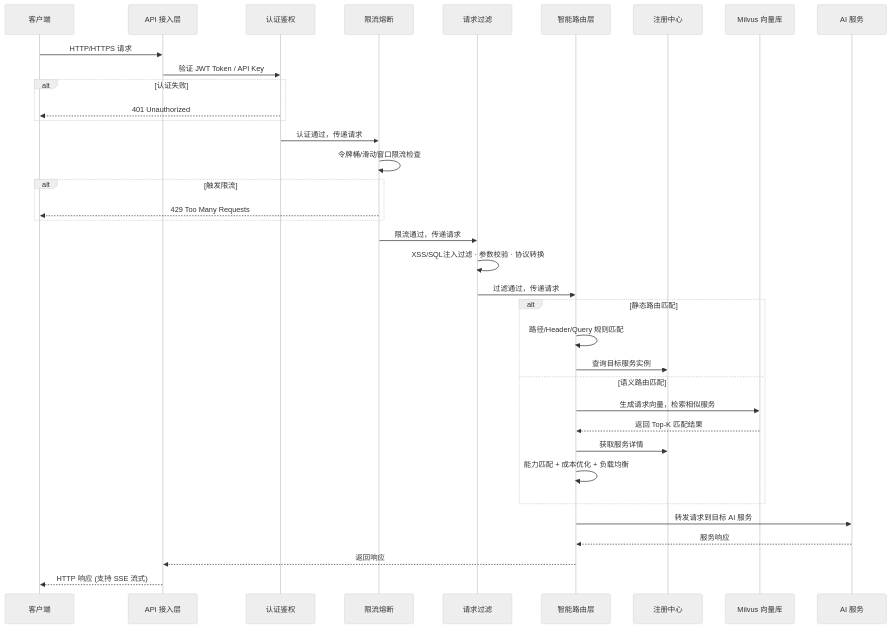
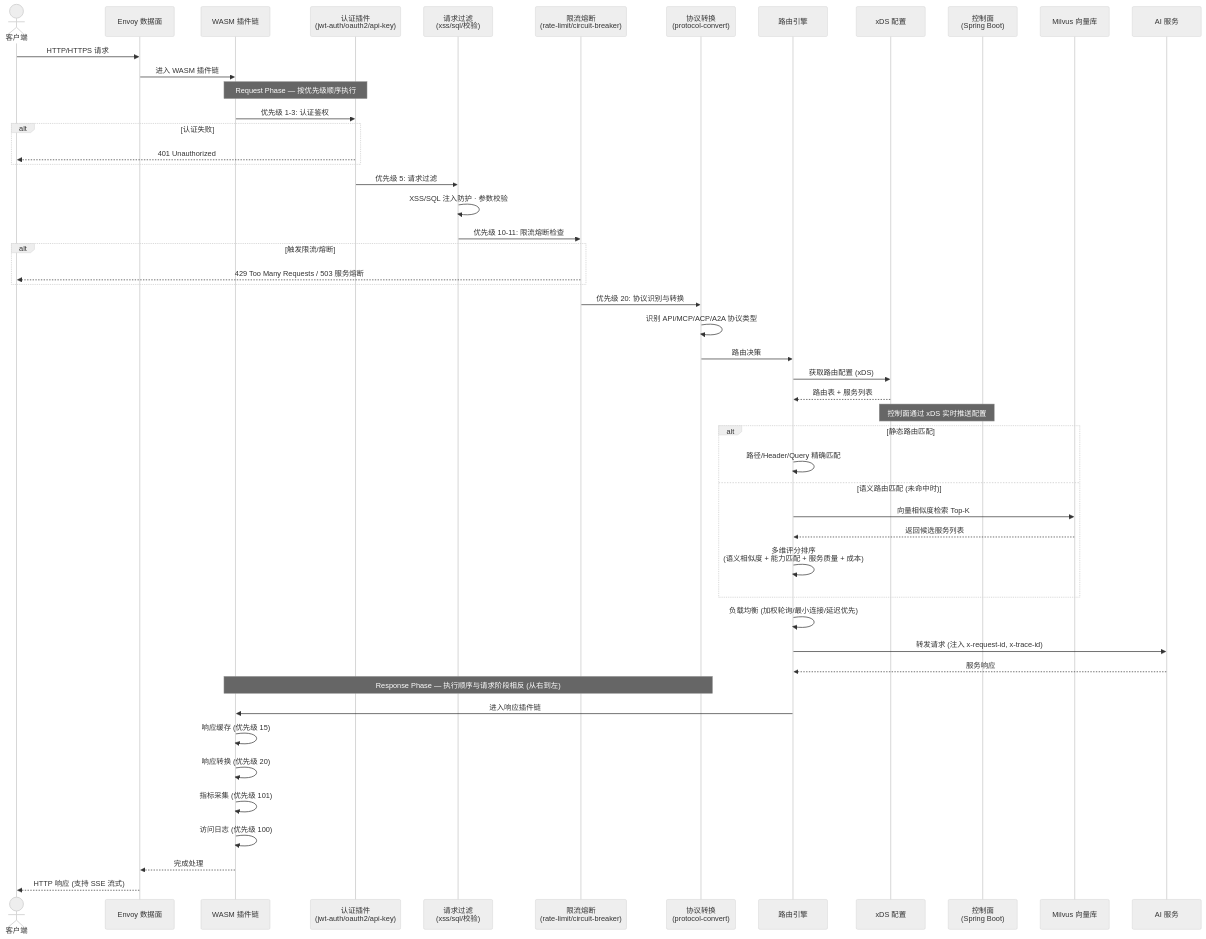
Before and after one commit to shinSG/ai-gateway: the diagram in docs/diagrams/request-flow.mmd, drawn with Mermaid (neutral theme). The commit also changed 21 other files, not shown here.

Commit message:
Refactor system architecture diagram: update layout, add new components, and improve connections for clarity

```diff
--- a/docs/diagrams/request-flow.mmd
+++ b/docs/diagrams/request-flow.mmd
@@ -1,39 +1,60 @@
 sequenceDiagram
-    participant C as 客户端
-    participant GW as API 接入层
-    participant Auth as 认证鉴权
-    participant RateLimit as 限流熔断
-    participant Filter as 请求过滤
-    participant Router as 智能路由层
-    participant Registry as 注册中心
+    actor Client as 客户端
+    participant Envoy as Envoy 数据面
+    participant WASM as WASM 插件链
+    participant Auth as 认证插件<br/>(jwt-auth/oauth2/api-key)
+    participant Filter as 请求过滤<br/>(xss/sql/校验)
+    participant RateLimit as 限流熔断<br/>(rate-limit/circuit-breaker)
+    participant Protocol as 协议转换<br/>(protocol-convert)
+    participant Router as 路由引擎
+    participant XDS as xDS 配置
+    participant CP as 控制面<br/>(Spring Boot)
     participant Milvus as Milvus 向量库
     participant AI as AI 服务
 
-    C->>GW: HTTP/HTTPS 请求
-    GW->>Auth: 验证 JWT Token / API Key
+    Client->>Envoy: HTTP/HTTPS 请求
+    Envoy->>WASM: 进入 WASM 插件链
+
+    Note over WASM,Auth: Request Phase — 按优先级顺序执行
+
+    WASM->>Auth: 优先级 1-3: 认证鉴权
     alt 认证失败
-        Auth-->>C: 401 Unauthorized
+        Auth-->>Client: 401 Unauthorized
     end
-    Auth->>RateLimit: 认证通过，传递请求
-    RateLimit->>RateLimit: 令牌桶/滑动窗口限流检查
-    alt 触发限流
-        RateLimit-->>C: 429 Too Many Requests
+    Auth->>Filter: 优先级 5: 请求过滤
+    Filter->>Filter: XSS/SQL 注入防护 · 参数校验
+    Filter->>RateLimit: 优先级 10-11: 限流熔断检查
+    alt 触发限流/熔断
+        RateLimit-->>Client: 429 Too Many Requests / 503 服务熔断
     end
-    RateLimit->>Filter: 限流通过，传递请求
-    Filter->>Filter: XSS/SQL注入过滤 · 参数校验 · 协议转换
-    Filter->>Router: 过滤通过，传递请求
+    RateLimit->>Protocol: 优先级 20: 协议识别与转换
+    Protocol->>Protocol: 识别 API/MCP/ACP/A2A 协议类型
+
+    Protocol->>Router: 路由决策
+
+    Router->>XDS: 获取路由配置 (xDS)
+    XDS-->>Router: 路由表 + 服务列表
+    Note over XDS,CP: 控制面通过 xDS 实时推送配置
 
     alt 静态路由匹配
-        Router->>Router: 路径/Header/Query 规则匹配
-        Router->>Registry: 查询目标服务实例
-    else 语义路由匹配
-        Router->>Milvus: 生成请求向量，检索相似服务
-        Milvus-->>Router: 返回 Top-K 匹配结果
-        Router->>Registry: 获取服务详情
-        Router->>Router: 能力匹配 + 成本优化 + 负载均衡
+        Router->>Router: 路径/Header/Query 精确匹配
+    else 语义路由匹配 (未命中时)
+        Router->>Milvus: 向量相似度检索 Top-K
+        Milvus-->>Router: 返回候选服务列表
+        Router->>Router: 多维评分排序<br/>(语义相似度 + 能力匹配 + 服务质量 + 成本)
     end
 
-    Router->>AI: 转发请求到目标 AI 服务
+    Router->>Router: 负载均衡 (加权轮询/最小连接/延迟优先)
+    Router->>AI: 转发请求 (注入 x-request-id, x-trace-id)
     AI-->>Router: 服务响应
-    Router-->>GW: 返回响应
-    GW-->>C: HTTP 响应 (支持 SSE 流式)
+
+    Note over WASM,Protocol: Response Phase — 执行顺序与请求阶段相反 (从右到左)
+
+    Router->>WASM: 进入响应插件链
+    WASM->>WASM: 响应缓存 (优先级 15)
+    WASM->>WASM: 响应转换 (优先级 20)
+    WASM->>WASM: 指标采集 (优先级 101)
+    WASM->>WASM: 访问日志 (优先级 100)
+
+    WASM-->>Envoy: 完成处理
+    Envoy-->>Client: HTTP 响应 (支持 SSE 流式)
```
